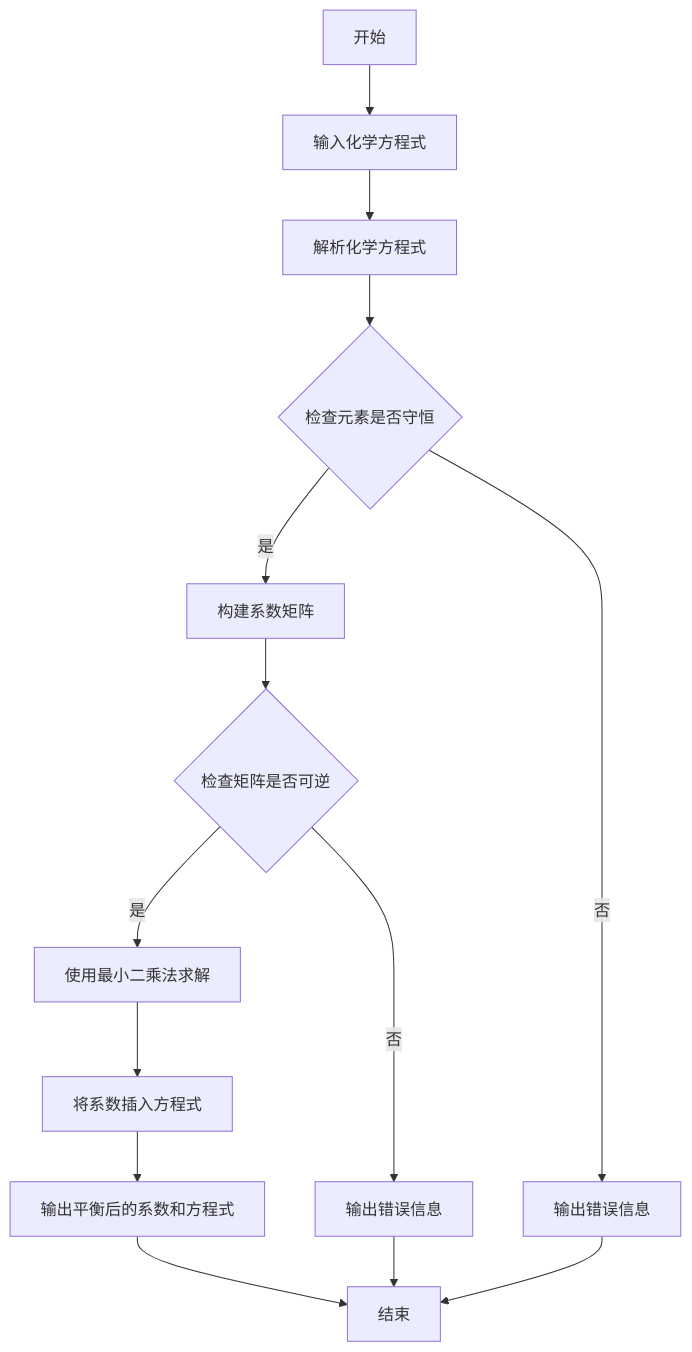
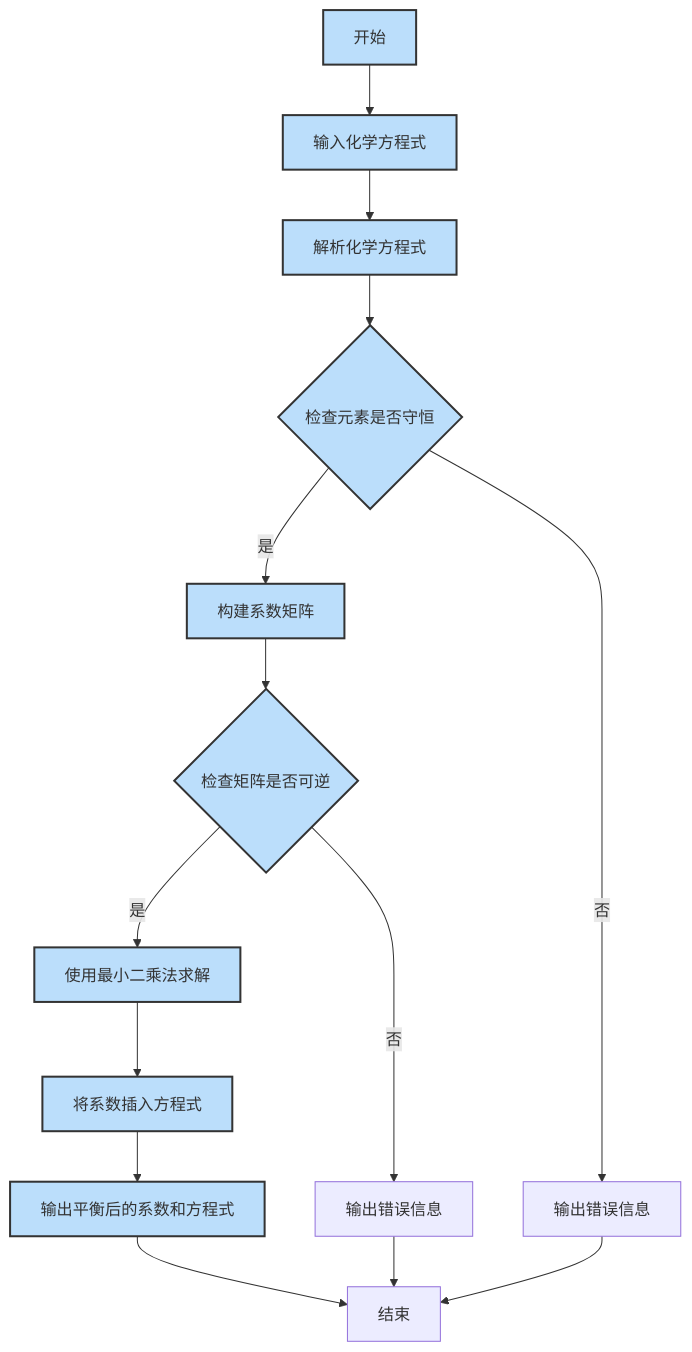
The diagram in README_zh.md (META-Xiao/ATOCE), drawn with Mermaid before and after one commit. The commit also changed other lines of this file and 2 other files, not shown here.

````diff
--- a/README_zh.md
+++ b/README_zh.md
@@ -18,16 +12,19 @@
 ```mermaid
 graph TD
 A[开始] --> B[输入化学方程式]
 B --> C[解析化学方程式]
 C --> D{检查元素是否守恒}
 D -- 是 --> E[构建系数矩阵]
 E --> F{检查矩阵是否可逆}
 F -- 是 --> G[使用最小二乘法求解]
 G --> H[将系数插入方程式]
 H --> I[输出平衡后的系数和方程式]
 F -- 否 --> J[输出错误信息]
 D -- 否 --> K[输出错误信息]
 I --> L[结束]
 J --> L
 K --> L
+
+classDef highlight fill:#bbdefb,stroke:#333,stroke-width:2px;
+class A,B,C,D,E,F,G,H,I highlight
 ```
````
